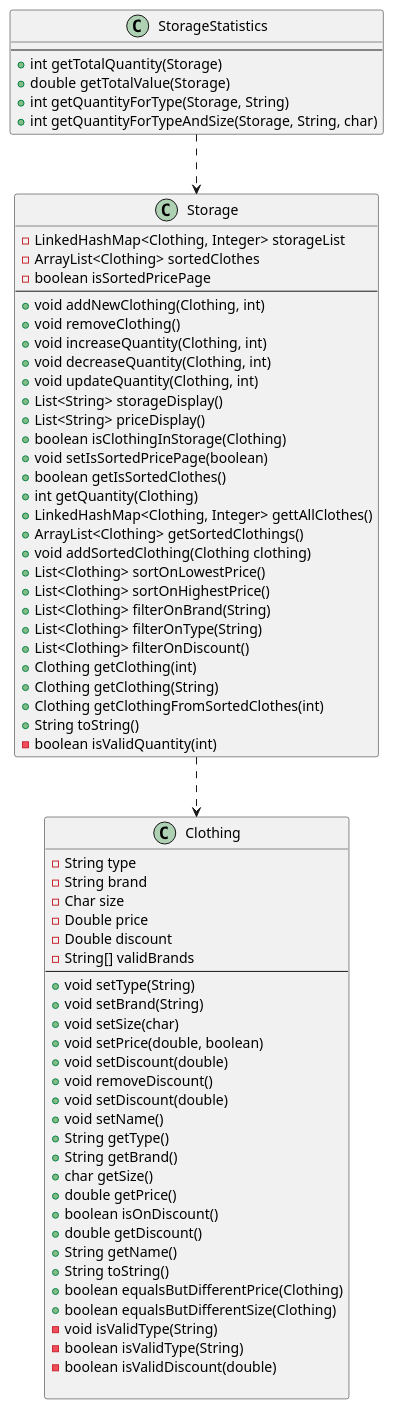
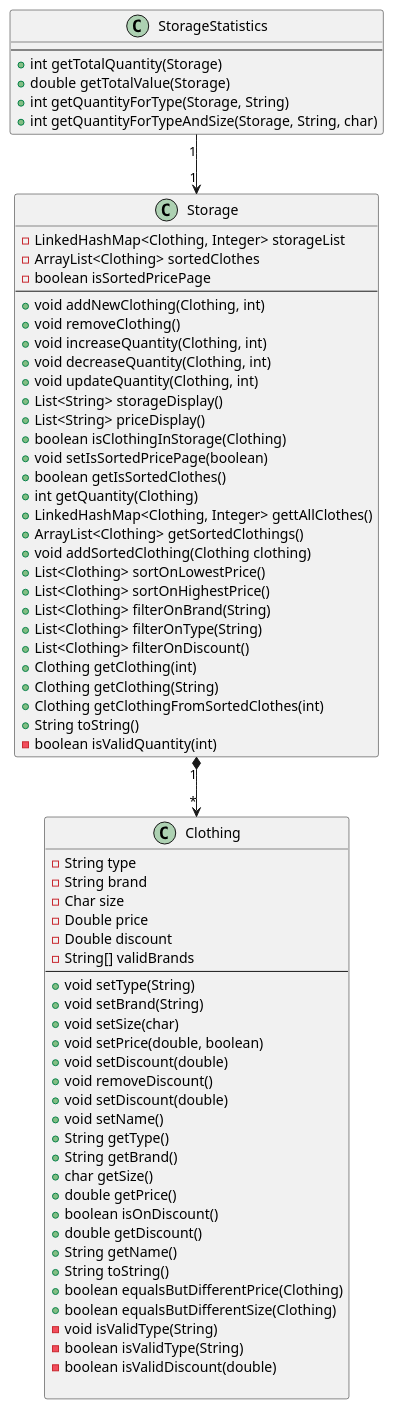
One commit to olejacobmellgren/clothingStorage changed the diagram in docs/release3/diagrams/coreClassDiagram.puml. Above: the diagram before and after it, drawn with PlantUML. The commit also changed 9 other files, not shown here.

First line of the commit message:
#39 made png of class-diagrams

```diff
--- a/docs/release3/diagrams/coreClassDiagram.puml
+++ b/docs/release3/diagrams/coreClassDiagram.puml
@@ -1,81 +1,81 @@
 @startuml core
 
 class Storage
 {
     -LinkedHashMap<Clothing, Integer> storageList
     -ArrayList<Clothing> sortedClothes
     -boolean isSortedPricePage
     --
     +void addNewClothing(Clothing, int)
     +void removeClothing()
     +void increaseQuantity(Clothing, int)
     +void decreaseQuantity(Clothing, int)
     +void updateQuantity(Clothing, int)
     +List<String> storageDisplay()
     +List<String> priceDisplay()
     +boolean isClothingInStorage(Clothing)
     +void setIsSortedPricePage(boolean)
     +boolean getIsSortedClothes()
     +int getQuantity(Clothing)
     +LinkedHashMap<Clothing, Integer> gettAllClothes()
     +ArrayList<Clothing> getSortedClothings()
     +void addSortedClothing(Clothing clothing)
     +List<Clothing> sortOnLowestPrice()
     +List<Clothing> sortOnHighestPrice()
     +List<Clothing> filterOnBrand(String)
     +List<Clothing> filterOnType(String)
     +List<Clothing> filterOnDiscount()
     +Clothing getClothing(int)
     +Clothing getClothing(String)
     +Clothing getClothingFromSortedClothes(int)
     +String toString()
     -boolean isValidQuantity(int)
 }
 
 class Clothing
 {
     -String type
     -String brand
     -Char size
     -Double price
     -Double discount
     -String[] validBrands
     --
     +void setType(String)
     +void setBrand(String)
     +void setSize(char)
     +void setPrice(double, boolean)
     +void setDiscount(double)
     +void removeDiscount()
     +void setDiscount(double)
     +void setName()
     +String getType()
     +String getBrand()
     +char getSize()
     +double getPrice()
     +boolean isOnDiscount()
     +double getDiscount()
     +String getName()
     +String toString()
     +boolean equalsButDifferentPrice(Clothing)
     +boolean equalsButDifferentSize(Clothing)
     -void isValidType(String)
     -boolean isValidType(String)
     -boolean isValidDiscount(double)
 
 }
 
 class StorageStatistics 
 {
     --
     +int getTotalQuantity(Storage)
     +double getTotalValue(Storage)
     +int getQuantityForType(Storage, String)
     +int getQuantityForTypeAndSize(Storage, String, char)
 }
 
-Storage ..> Clothing
-StorageStatistics ..> Storage
+Storage "1" *--> "*" Clothing
+StorageStatistics "1" --> "1" Storage
 
 
 @enduml
```
